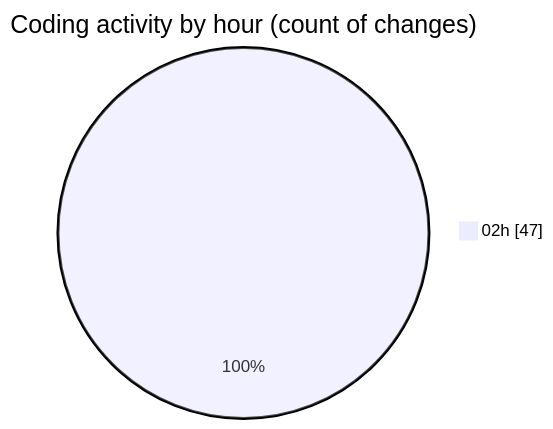
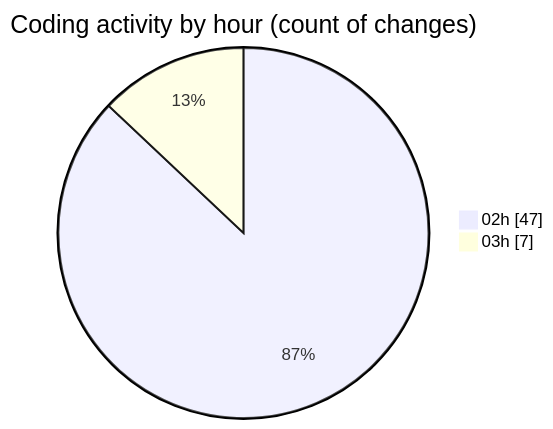
The second of 2 diagrams in 2025-01-02/3drust/README.md (ernivani/code-tracking), drawn with Mermaid before and after one commit. The commit also changed other lines of this file and 2 other files, not shown here.

````diff
--- a/2025-01-02/3drust/README.md
+++ b/2025-01-02/3drust/README.md
@@ -32,5 +36,6 @@
 ```mermaid
 pie showData
 title Coding activity by hour (count of changes)
 "02h" : 47
+"03h" : 7
 ```
````
